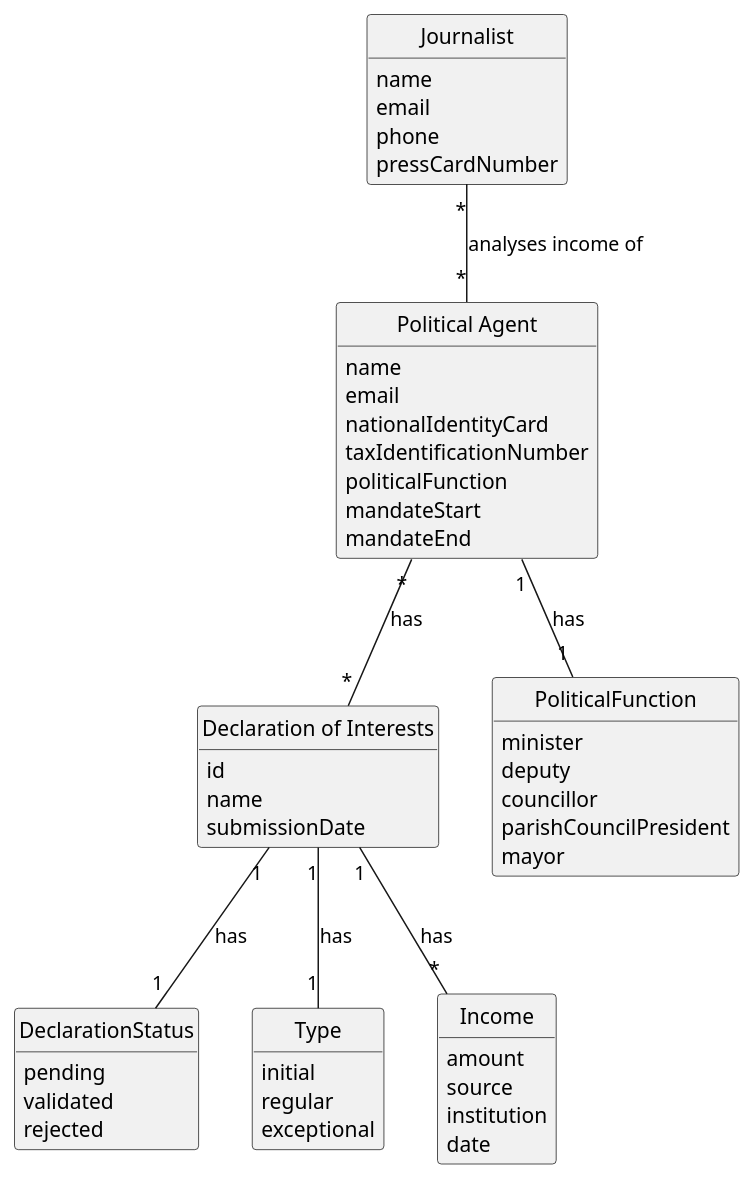
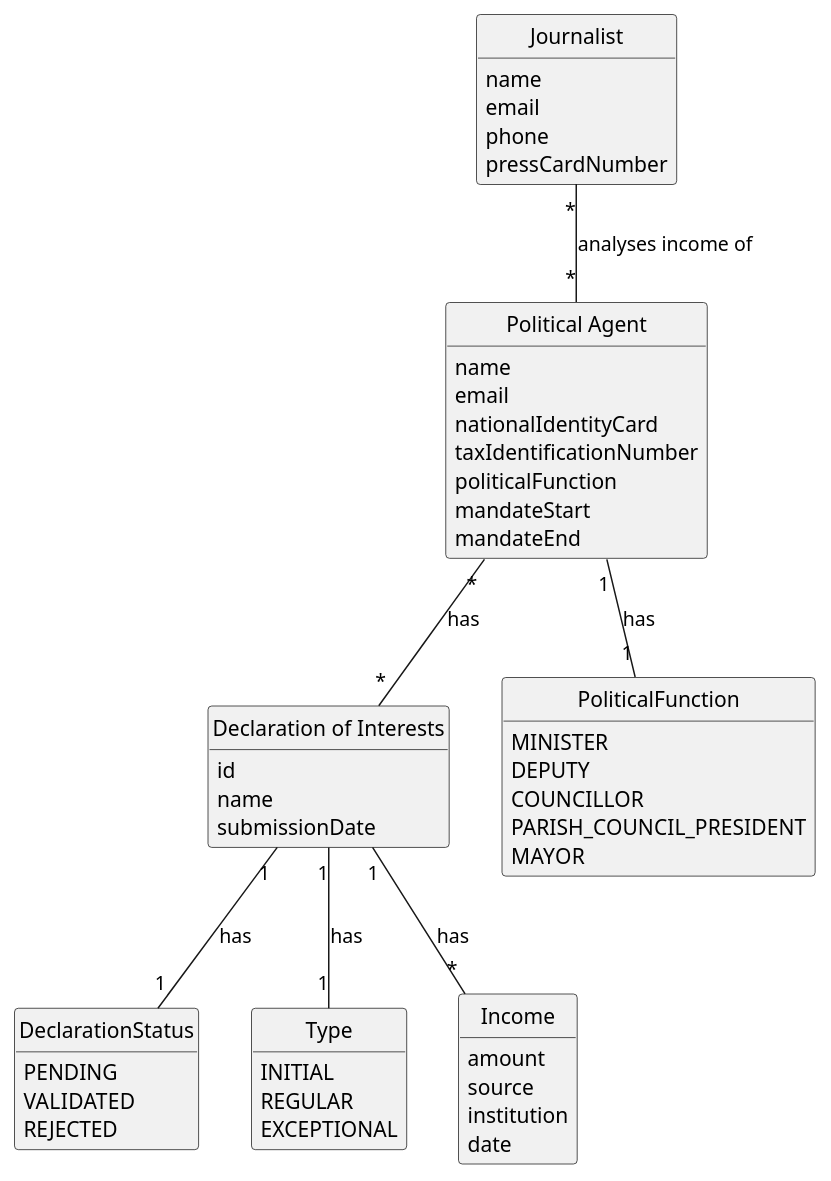
Before and after one commit to brunodspinto/crystal-clear-platform: the diagram in docs/system-documentation/US10/02.analysis/puml/US10-DM.puml, drawn with PlantUML. The commit also changed 18 other files, not shown here.

```diff
--- a/docs/system-documentation/US10/02.analysis/puml/US10-DM.puml
+++ b/docs/system-documentation/US10/02.analysis/puml/US10-DM.puml
@@ -1,70 +1,70 @@
 @startuml US10-DM
 skinparam monochrome true
 skinparam packageStyle rectangle
 skinparam shadowing false
 skinparam classAttributeIconSize 0
 
 hide circle
 hide methods
 
 class Journalist {
     name
     email
     phone
     pressCardNumber
 }
 
 class "Political Agent" as PoliticalAgent {
     name
     email
     nationalIdentityCard
     taxIdentificationNumber
     politicalFunction
     mandateStart
     mandateEnd
 }
 
 class "Declaration of Interests" as Declaration {
     id
     name
     submissionDate
 }
 
 enum DeclarationStatus {
-    pending
-    validated
-    rejected
+    PENDING
+    VALIDATED
+    REJECTED
 }
 
 enum Type {
-    initial
-    regular
-    exceptional
+    INITIAL
+    REGULAR
+    EXCEPTIONAL
 }
 
 enum PoliticalFunction {
-    minister
-    deputy
-    councillor
-    parishCouncilPresident
-    mayor
+    MINISTER
+    DEPUTY
+    COUNCILLOR
+    PARISH_COUNCIL_PRESIDENT
+    MAYOR
 }
 
 class Income {
     amount
     source
     institution
     date
 }
 
 Journalist "*" -- "*" PoliticalAgent : analyses income of
 
 PoliticalAgent "*" -- "*" Declaration : has
 
 PoliticalAgent "1" -- "1" PoliticalFunction : has
 
 Declaration "1" -- "1" Type : has
 Declaration "1" -- "1" DeclarationStatus : has
 Declaration "1" -- "*" Income : has
 
 @enduml
```
